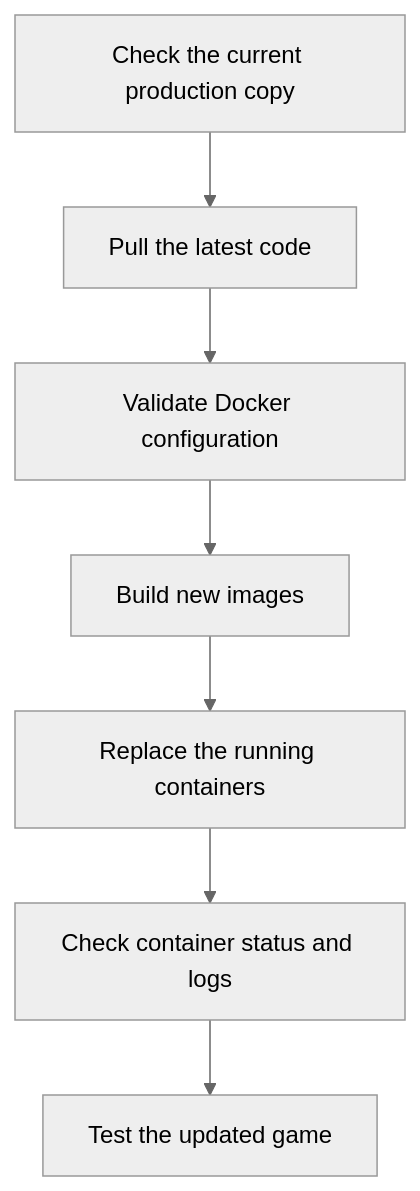
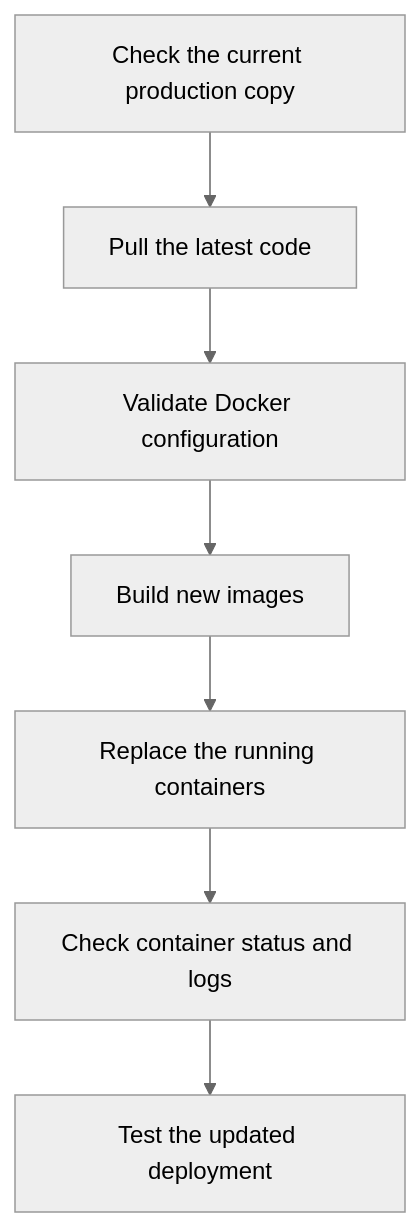
One commit to Gearsik/madiao changed the first of 6 diagrams in docs/runbook/production-updates.md. Above: the diagram before and after it, drawn with Mermaid (neutral theme). The commit also changed other lines of this file and 16 other files, not shown here.

````diff
--- a/docs/runbook/production-updates.md
+++ b/docs/runbook/production-updates.md
@@ -17,12 +17,12 @@
 ```mermaid
 flowchart TD
     Check["Check the current production copy"]
     Pull["Pull the latest code"]
     Config["Validate Docker configuration"]
     Build["Build new images"]
     Replace["Replace the running containers"]
     Status["Check container status and logs"]
-    Test["Test the updated game"]
+    Test["Test the updated deployment"]
 
     Check --> Pull --> Config --> Build --> Replace --> Status --> Test
 ```
````
